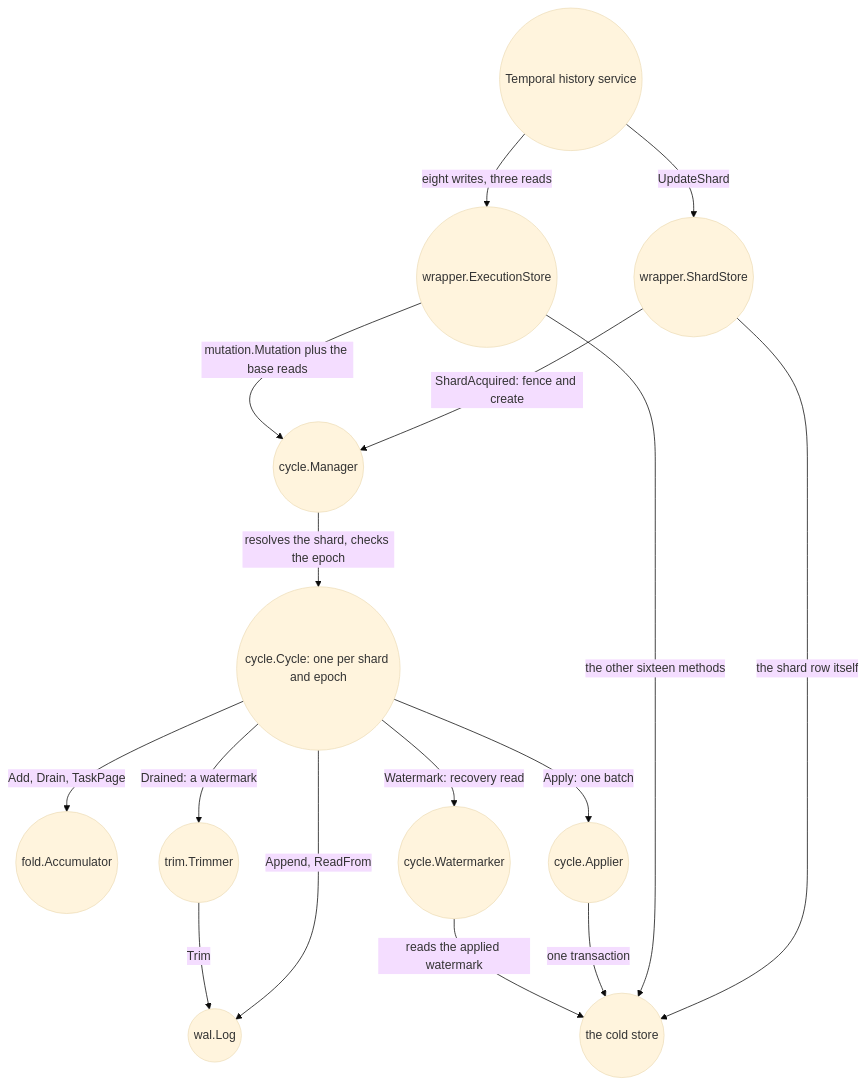
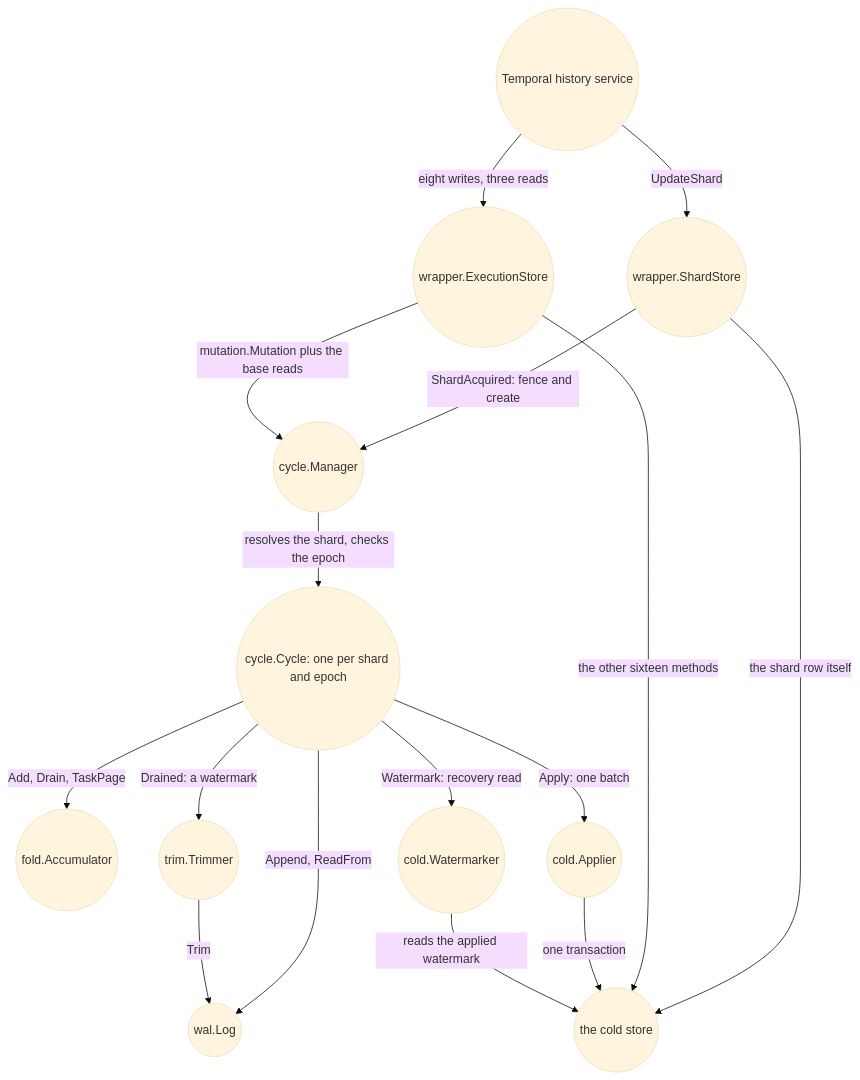
The first of 4 diagrams in docs/handbook/03-components.md (aromanovich/waltz), drawn with Mermaid (base theme) before and after one commit. The commit also changed other lines of this file and 47 other files, not shown here.

````diff
--- a/docs/handbook/03-components.md
+++ b/docs/handbook/03-components.md
@@ -90,30 +98,30 @@
 ```mermaid
 graph TD
   HS(("Temporal history service"))
   ES(("wrapper.ExecutionStore"))
   SS(("wrapper.ShardStore"))
   MGR(("cycle.Manager"))
   CY(("cycle.Cycle: one per shard and epoch"))
   ACC(("fold.Accumulator"))
   TR(("trim.Trimmer"))
-  AP(("cycle.Applier"))
-  WM(("cycle.Watermarker"))
+  AP(("cold.Applier"))
+  WM(("cold.Watermarker"))
   LOG(("wal.Log"))
   CS(("the cold store"))
 
   HS -->|"eight writes, three reads"| ES
   HS -->|"UpdateShard"| SS
   SS -->|"ShardAcquired: fence and create"| MGR
   SS -->|"the shard row itself"| CS
   ES -->|"mutation.Mutation plus the base reads"| MGR
   ES -->|"the other sixteen methods"| CS
   MGR -->|"resolves the shard, checks the epoch"| CY
   CY -->|"Append, ReadFrom"| LOG
   CY -->|"Add, Drain, TaskPage"| ACC
   CY -->|"Apply: one batch"| AP
   CY -->|"Drained: a watermark"| TR
   CY -->|"Watermark: recovery read"| WM
   TR -->|"Trim"| LOG
   AP -->|"one transaction"| CS
   WM -->|"reads the applied watermark"| CS
 ```
````
